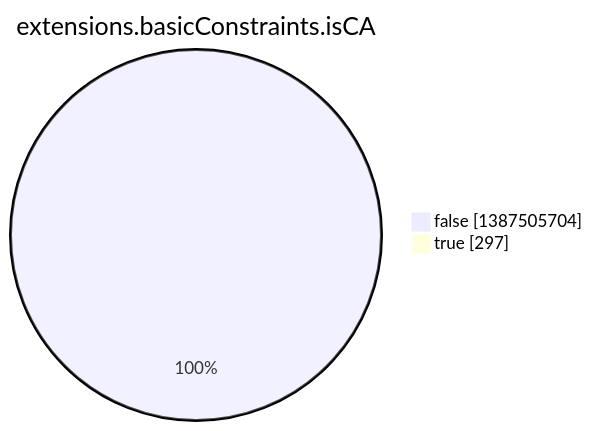
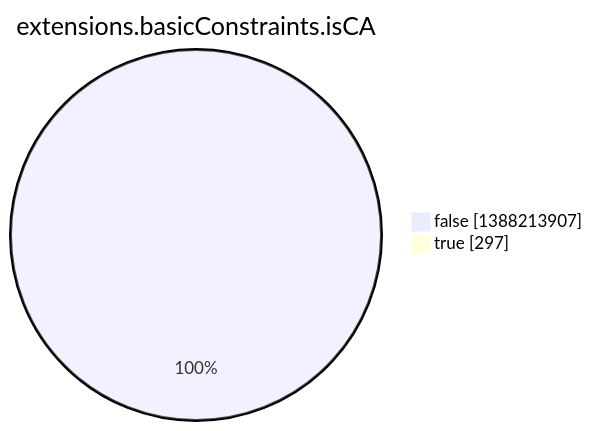
The eighth of 15 diagrams in argon2022/README.md (christiankrug/ctmonitor_visualization), drawn with Mermaid before and after one commit. The commit also changed other lines of this file, not shown here.

````diff
--- a/argon2022/README.md
+++ b/argon2022/README.md
@@ -2759,6 +2759,6 @@
 ```mermaid
 pie showData
 title extensions.basicConstraints.isCA
-"false" :1387505704
+"false" :1388213907
 "true" :297
 ```
````
